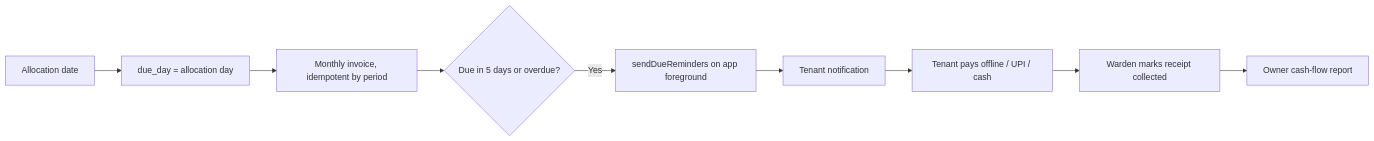
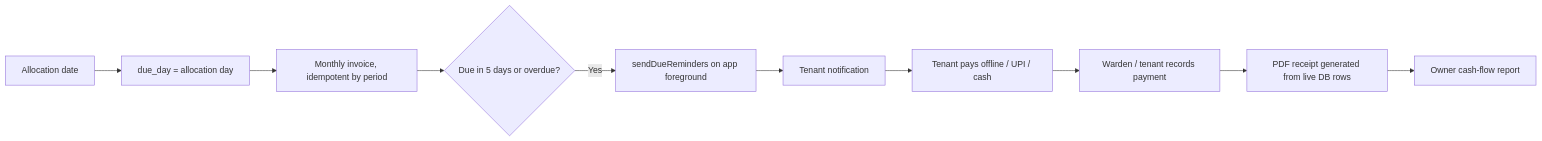
The third of 7 diagrams in docs/APP_FLOWS.md (kanwarAnshul/AVTAR_PG_MANAGEMENT_WEBAPP), drawn with Mermaid before and after one commit. The commit also changed other lines of this file and 22 other files, not shown here.

First line of the commit message:
fix: resolve owner portal issues and ship email-only recovery + PDF receipts

````diff
--- a/docs/APP_FLOWS.md
+++ b/docs/APP_FLOWS.md
@@ -57,11 +57,12 @@
 ```mermaid
 flowchart LR
     A[Allocation date] --> B[due_day = allocation day]
     B --> C[Monthly invoice, idempotent by period]
     C --> D{Due in 5 days or overdue?}
     D -- Yes --> E[sendDueReminders on app foreground]
     E --> F[Tenant notification]
     F --> G[Tenant pays offline / UPI / cash]
-    G --> H[Warden marks receipt collected]
-    H --> I[Owner cash-flow report]
+    G --> H[Warden / tenant records payment]
+    H --> I[PDF receipt generated from live DB rows]
+    I --> J[Owner cash-flow report]
 ```
````
